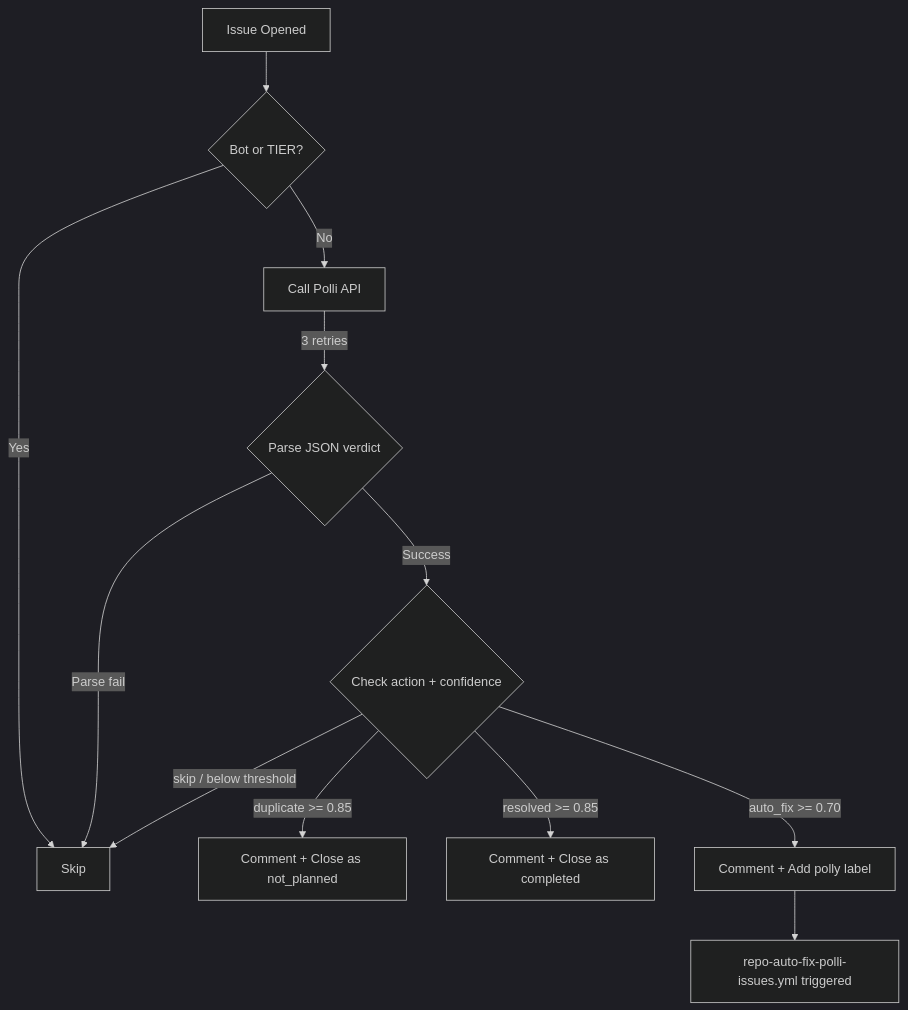
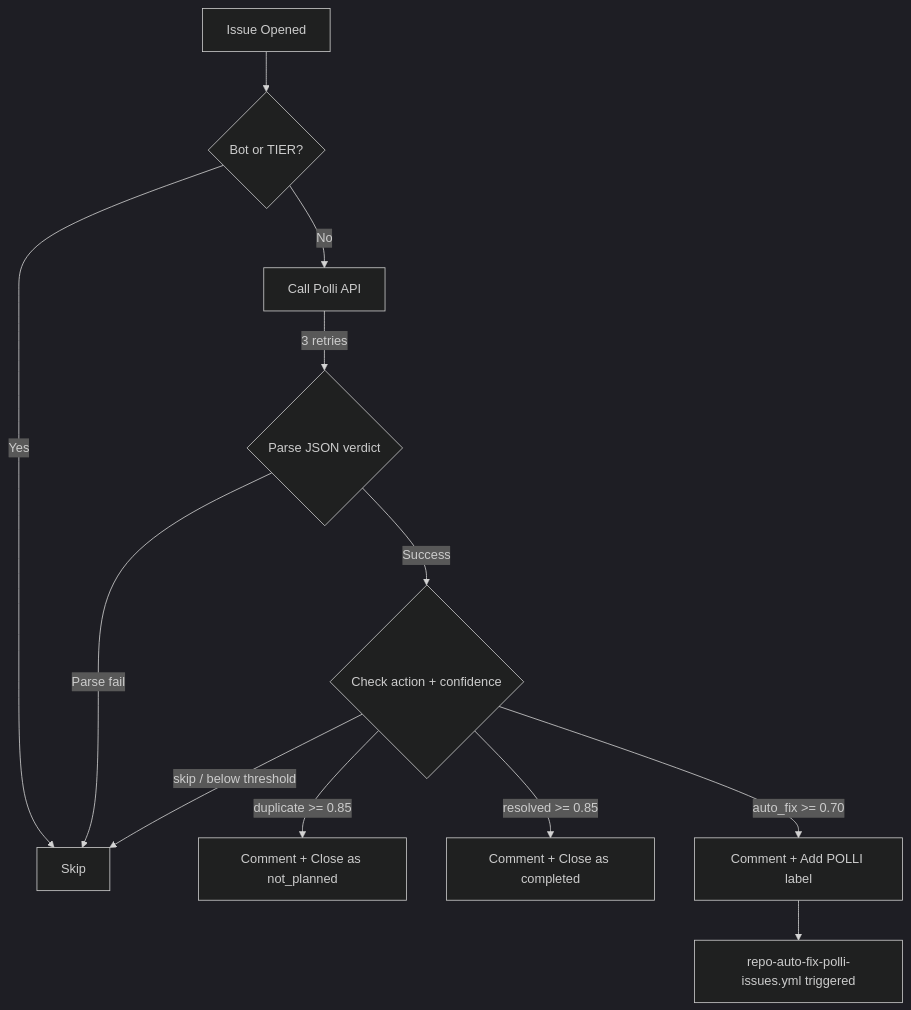
Before and after one commit to pollinations/pollinations: the first of 4 diagrams in .github/docs/TRIAGE.md, drawn with Mermaid. The commit also changed 2 other files, not shown here.

Commit message:
fix: use canonical POLLI label

````diff
--- a/.github/docs/TRIAGE.md
+++ b/.github/docs/TRIAGE.md
@@ -17,15 +17,15 @@
 ```mermaid
 %%{init: {'theme': 'dark'}}%%
 flowchart TD
     A[Issue Opened] --> B{Bot or TIER?}
     B -->|Yes| C[Skip]
     B -->|No| D[Call Polli API]
     D -->|3 retries| E{Parse JSON verdict}
     E -->|Parse fail| C
     E -->|Success| F{Check action + confidence}
     F -->|duplicate >= 0.85| G[Comment + Close as not_planned]
     F -->|resolved >= 0.85| H[Comment + Close as completed]
-    F -->|auto_fix >= 0.70| I[Comment + Add polly label]
+    F -->|auto_fix >= 0.70| I[Comment + Add POLLI label]
     F -->|skip / below threshold| C
     I --> J[repo-auto-fix-polli-issues.yml triggered]
 ```
````
